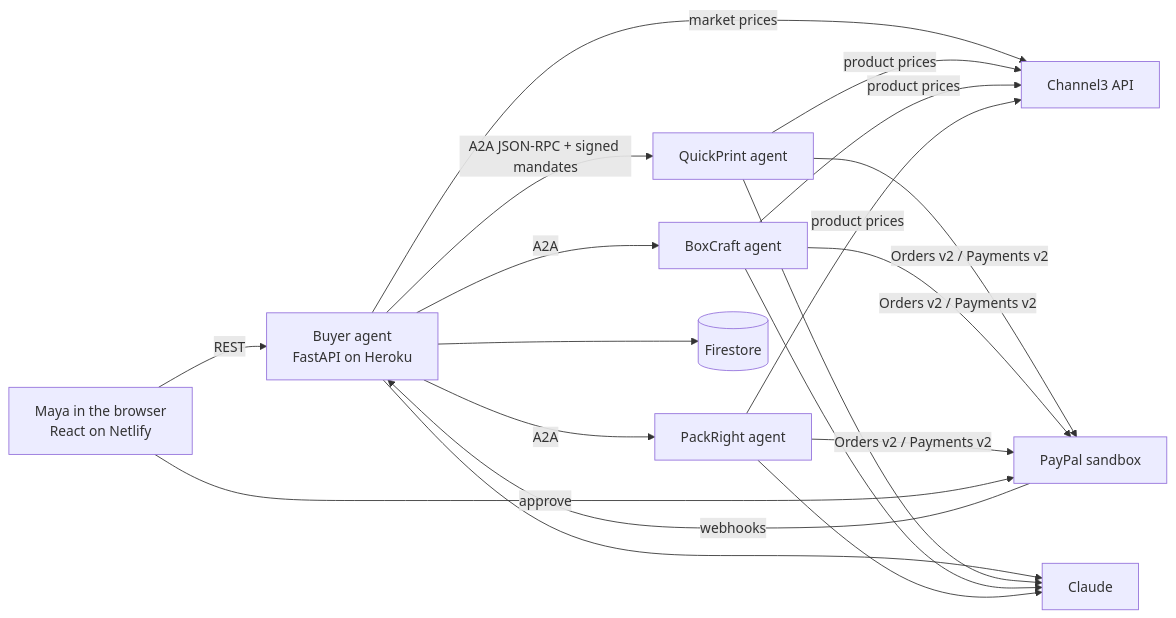
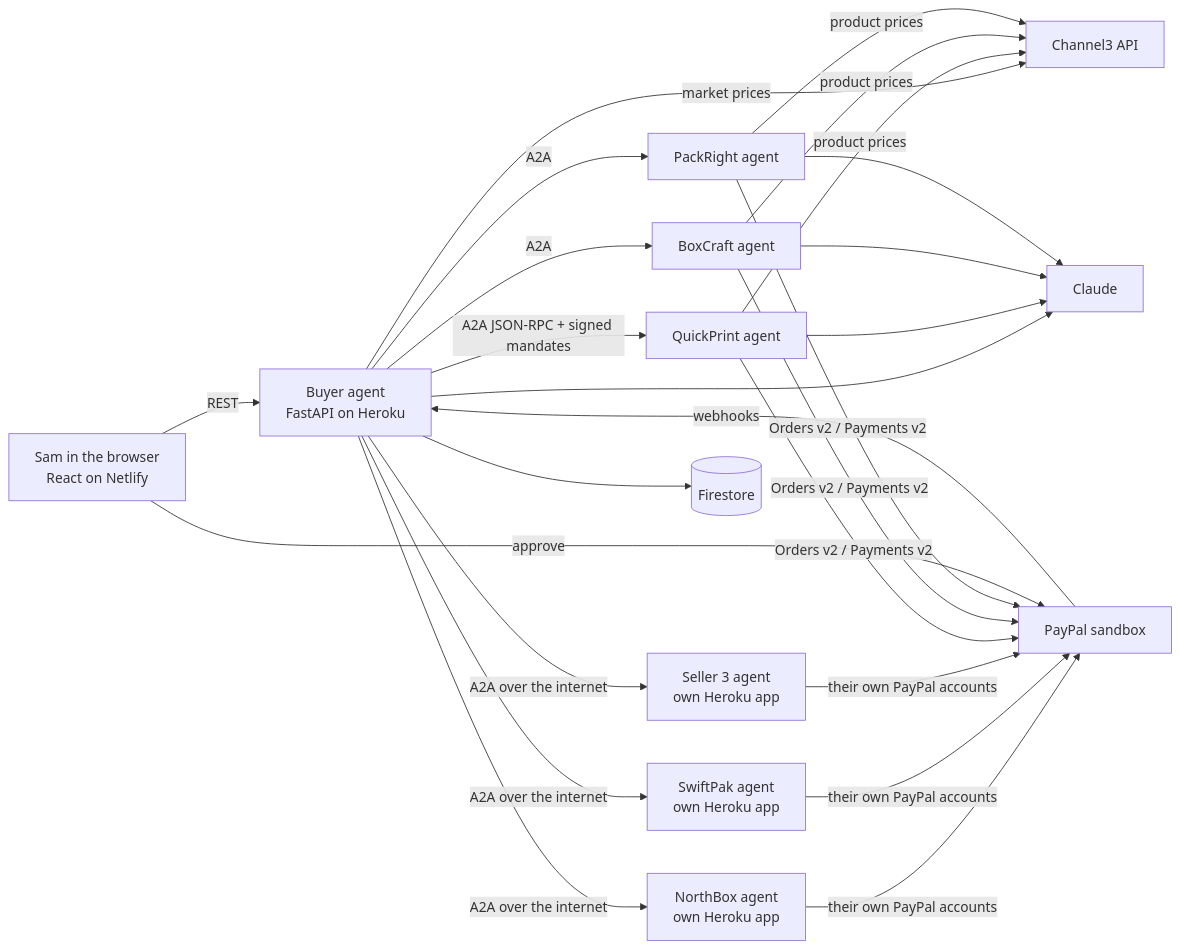
The diagram in README.md (Pistonamey/paypal_hackathon), drawn with Mermaid before and after one commit. The commit also changed other lines of this file and 15 other files, not shown here.

````diff
--- a/README.md
+++ b/README.md
@@ -38,14 +76,18 @@
 ```mermaid
 flowchart LR
-  U[Maya in the browser<br/>React on Netlify] -->|REST| B[Buyer agent<br/>FastAPI on Heroku]
+  U[Sam in the browser<br/>React on Netlify] -->|REST| B[Buyer agent<br/>FastAPI on Heroku]
   B -->|A2A JSON-RPC + signed mandates| S1[QuickPrint agent]
   B -->|A2A| S2[BoxCraft agent]
   B -->|A2A| S3[PackRight agent]
+  B -->|A2A over the internet| O1[NorthBox agent<br/>own Heroku app]
+  B -->|A2A over the internet| O2[SwiftPak agent<br/>own Heroku app]
+  B -->|A2A over the internet| O3[Seller 3 agent<br/>own Heroku app]
+  O1 & O2 & O3 -->|their own PayPal accounts| PP
   B -->|market prices| C3[Channel3 API]
   S1 & S2 & S3 -->|product prices| C3
   S1 & S2 & S3 -->|Orders v2 / Payments v2| PP[PayPal sandbox]
   U -->|approve| PP
   B & S1 & S2 & S3 --> AI[Claude]
   B --> FS[(Firestore)]
   PP -->|webhooks| B
 ```
````
